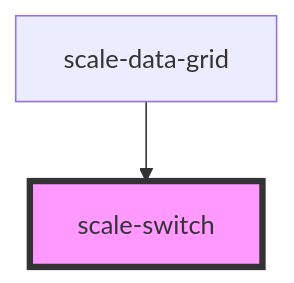
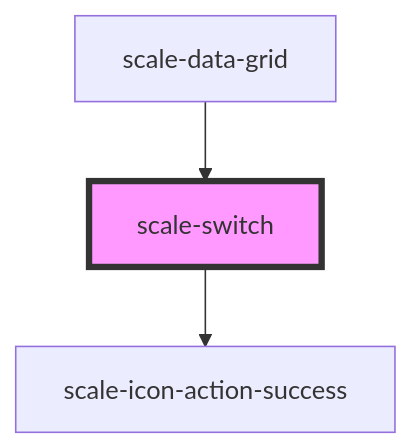
Before and after one commit to telekom/scale: the diagram in packages/components/src/components/switch/readme.md, drawn with Mermaid. The commit also changed other lines of this file, not shown here.

````diff
--- a/packages/components/src/components/switch/readme.md
+++ b/packages/components/src/components/switch/readme.md
@@ -35,5 +39,6 @@
 ```mermaid
 graph TD;
+  scale-switch --> scale-icon-action-success
   scale-data-grid --> scale-switch
   style scale-switch fill:#f9f,stroke:#333,stroke-width:4px
 ```
````
